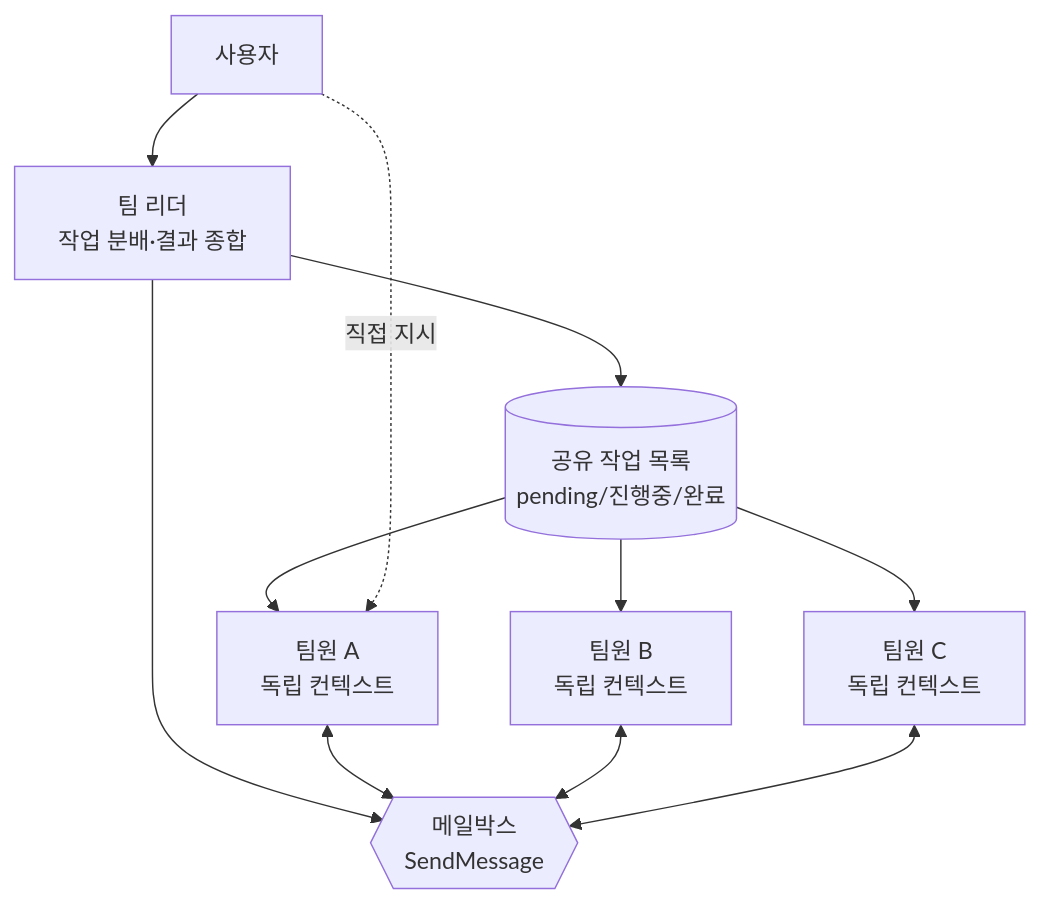
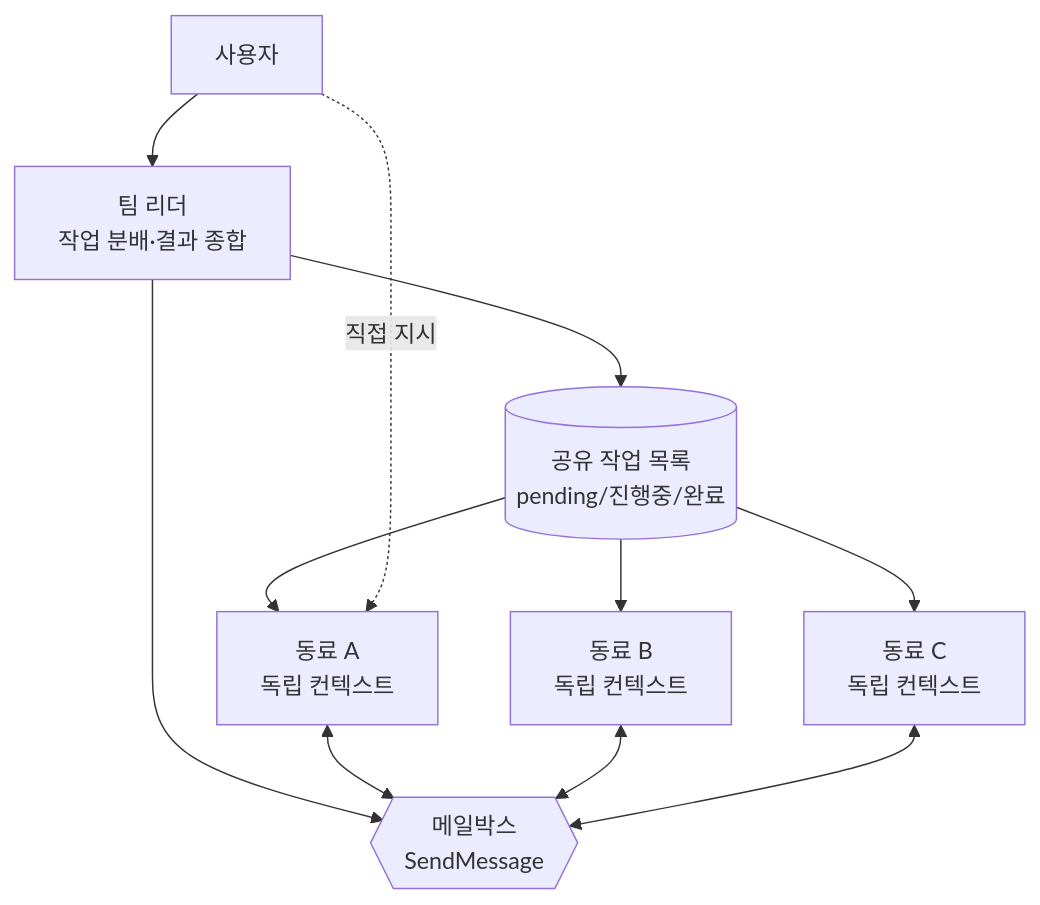
One commit to modu-ai/moai-adk changed the diagram in docs-site/content/ko/claude-code/agentic/agent-teams.md. Above: the diagram before and after it, drawn with Mermaid. The commit also changed other lines of this file and 9 other files, not shown here.

````diff
--- a/docs-site/content/ko/claude-code/agentic/agent-teams.md
+++ b/docs-site/content/ko/claude-code/agentic/agent-teams.md
@@ -88,13 +122,13 @@
 ```mermaid
 flowchart TD
     User[사용자] --> Lead[팀 리더<br/>작업 분배·결과 종합]
     Lead --> TaskList[(공유 작업 목록<br/>pending/진행중/완료)]
     Lead --> Mailbox{{메일박스<br/>SendMessage}}
-    TaskList --> T1[팀원 A<br/>독립 컨텍스트]
-    TaskList --> T2[팀원 B<br/>독립 컨텍스트]
-    TaskList --> T3[팀원 C<br/>독립 컨텍스트]
+    TaskList --> T1[동료 A<br/>독립 컨텍스트]
+    TaskList --> T2[동료 B<br/>독립 컨텍스트]
+    TaskList --> T3[동료 C<br/>독립 컨텍스트]
     T1 <--> Mailbox
     T2 <--> Mailbox
     T3 <--> Mailbox
     User -.직접 지시.-> T1
 ```
````
